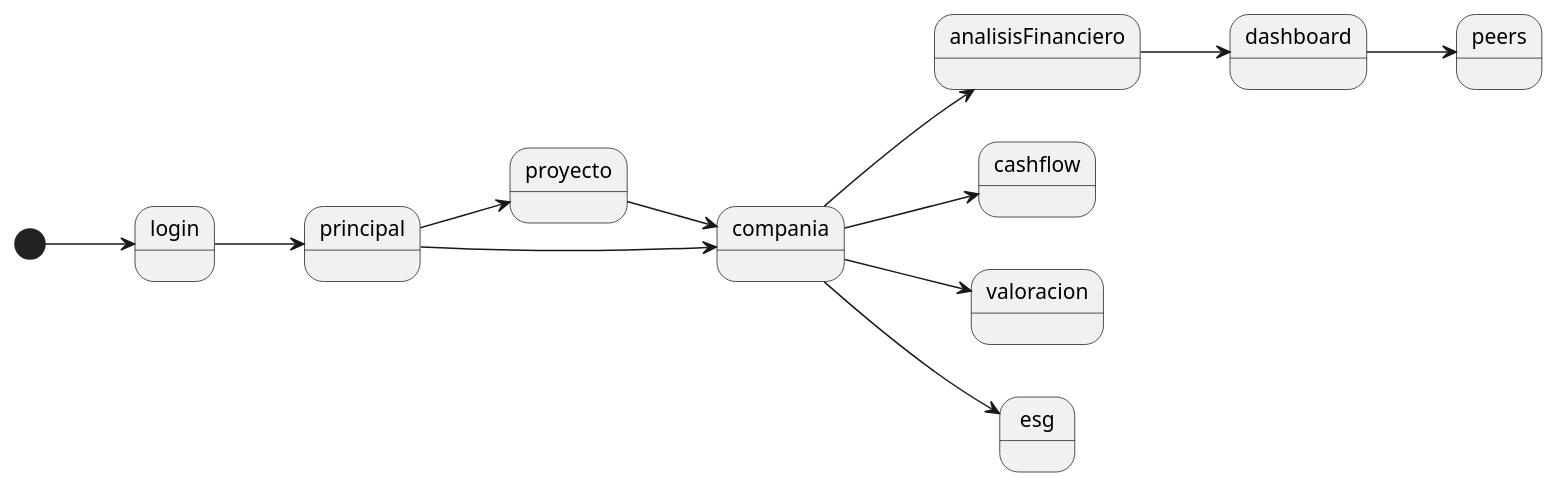
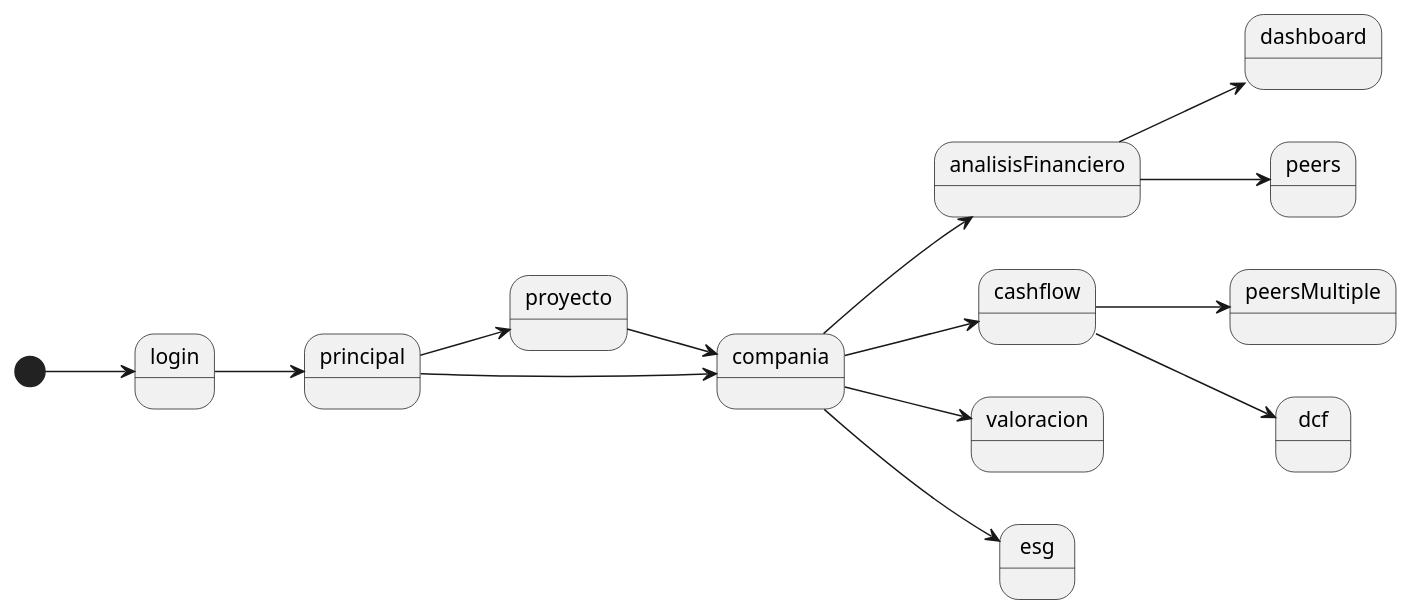
One commit to Haopeng138/UML changed the diagram in EsquemaNavegación.puml. Above: the diagram before and after it, drawn with PlantUML. The commit also changed 1 other file, not shown here.

```diff
--- a/EsquemaNavegación.puml
+++ b/EsquemaNavegación.puml
@@ -1,17 +1,19 @@
 @startuml EsquemaNavegacion
 left to right direction
 
 [*] --> login
 login --> principal
 principal --> proyecto
 proyecto --> compania
 principal --> compania
 compania --> analisisFinanciero
 analisisFinanciero --> dashboard
-dashboard --> peers
+analisisFinanciero --> peers
 compania --> cashflow
+cashflow --> peersMultiple
+cashflow --> dcf
 compania --> valoracion
 compania --> esg
 
 
 @enduml
```
